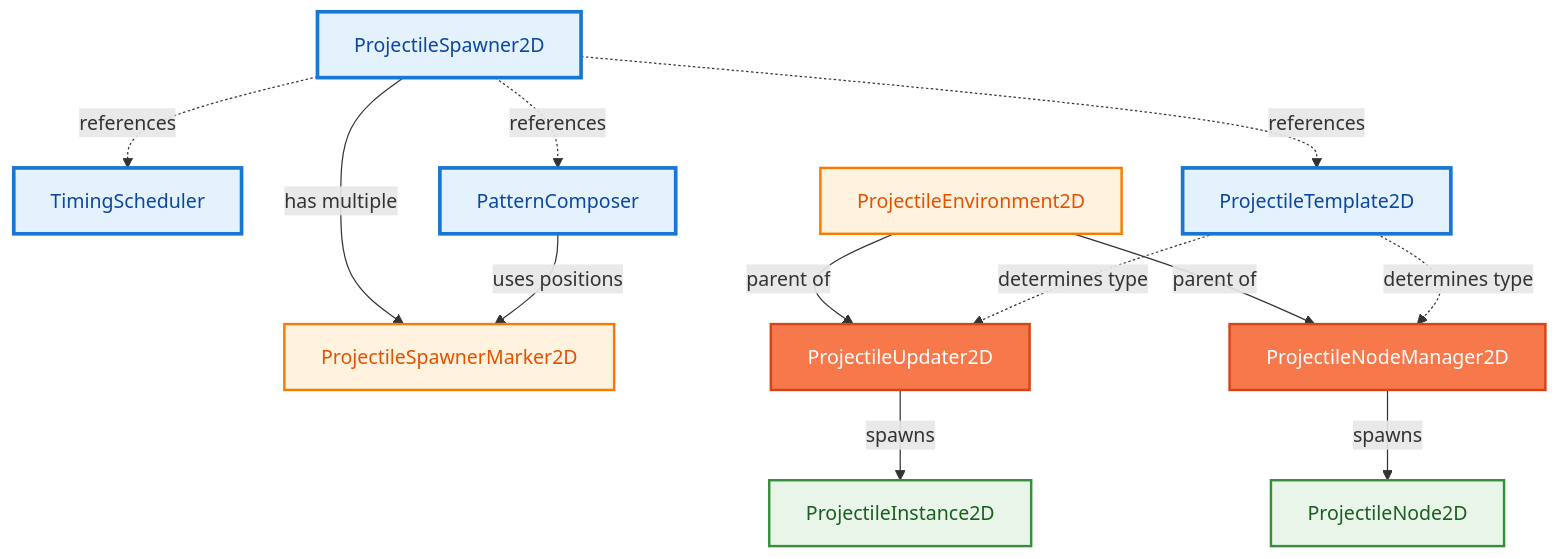
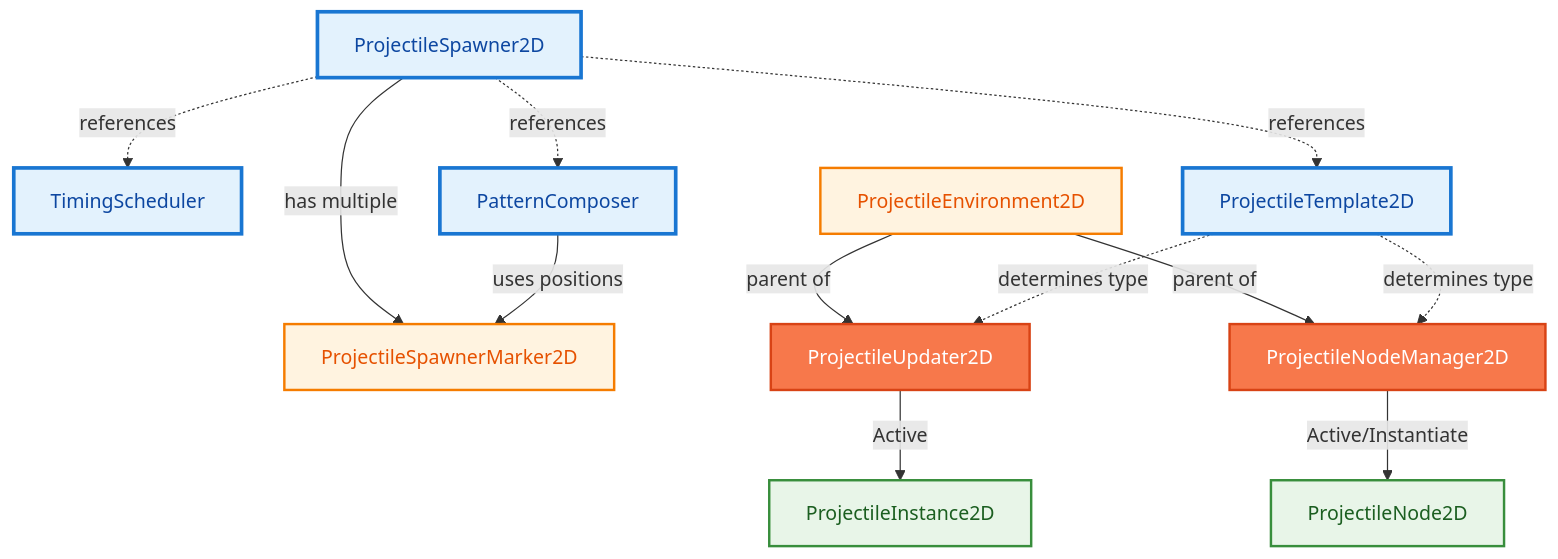
One commit to AzyrGames/GodotProjectileEngine changed the first of 2 diagrams in docs/manual/how_gpe_works.md. Above: the diagram before and after it, drawn with Mermaid. The commit also changed other lines of this file and 5 other files, not shown here.

````diff
--- a/docs/manual/how_gpe_works.md
+++ b/docs/manual/how_gpe_works.md
@@ -17,55 +21,55 @@
 ```mermaid
 graph TD
     %% Central Manager
     PS[ProjectileSpawner2D]
     
     %% Referenced Components
     TS[TimingScheduler]
     PT[ProjectileTemplate2D]
     PC[PatternComposer]
     
     %% Spawn Markers
     PSM1[ProjectileSpawnerMarker2D]
     
     %% Environment and Managers
     PE[ProjectileEnvironment2D]
     PU[ProjectileUpdater2D]
     PNM[ProjectileNodeManager2D]
     
     %% Projectile Types
     PI[ProjectileInstance2D]
     PN[ProjectileNode2D]
     
     %% Reference Relationships
     PS -.->|references| TS
     PS -.->|references| PT
     PS -.->|references| PC
     PS -->|has multiple| PSM1
     
     %% Parent-Child Relationships
     PE -->|parent of| PU
     PE -->|parent of| PNM
     
     %% Type Determination
     PT -.->|determines type| PU
     PT -.->|determines type| PNM
     
     %% Spawning Relationships
-    PU -->|spawns| PI
-    PNM -->|spawns| PN
+    PU -->|Active| PI
+    PNM -->|Active/Instantiate| PN
     
     %% Position Usage
     PC -->|uses positions| PSM1
     
     %% Color scheme with Primary #F7784B and complementary colors
     classDef core fill:#E3F2FD,stroke:#1976D2,stroke-width:3px,color:#0D47A1
     classDef manager fill:#F7784B,stroke:#D84315,stroke-width:2px,color:#FFFFFF
     classDef projectile fill:#E8F5E8,stroke:#388E3C,stroke-width:2px,color:#1B5E20
     classDef environment fill:#FFF3E0,stroke:#F57C00,stroke-width:2px,color:#E65100
     
     class PS core
     class TS,PT,PC core
     class PU,PNM manager
     class PI,PN projectile
     class PE,PSM1,PSM2,PSM3 environment
 ```
````
